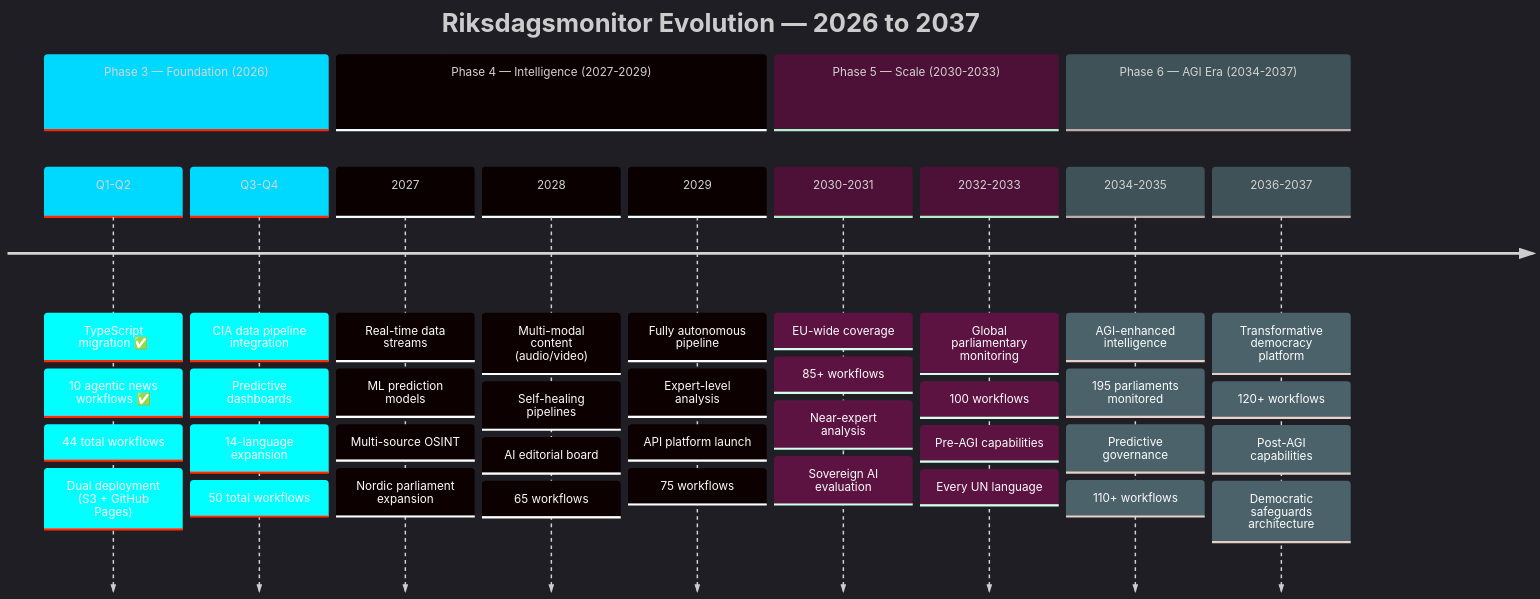
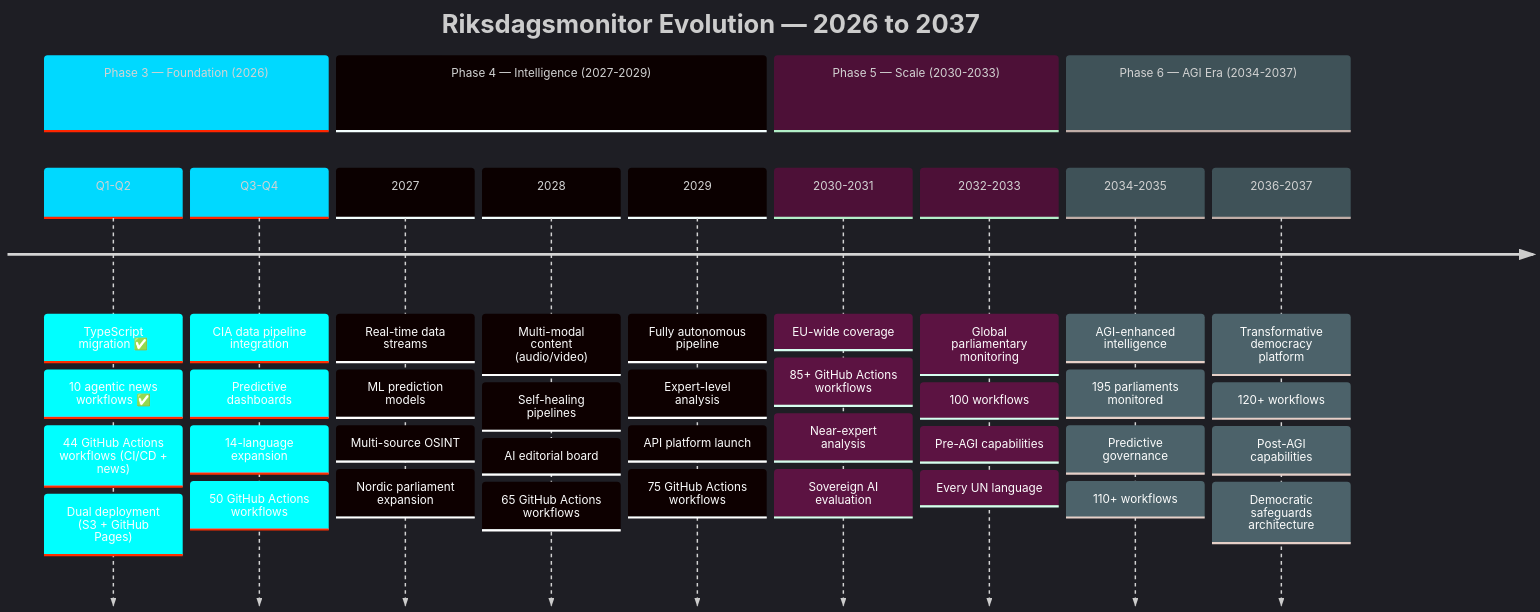
One commit to Hack23/riksdagsmonitor changed the first of 6 diagrams in README.md. Above: the diagram before and after it, drawn with Mermaid. The commit also changed other lines of this file, not shown here.

Commit message:
Clarify workflow counts as GitHub Actions workflows and add full path to lock.yml reference

````diff
--- a/README.md
+++ b/README.md
@@ -712,45 +712,45 @@
 ```mermaid
 %%{init: {'theme': 'dark', 'themeVariables': {'primaryColor': '#00d9ff', 'primaryTextColor': '#e0e0e0', 'primaryBorderColor': '#ff006e', 'lineColor': '#ffbe0b', 'secondaryColor': '#1a1e3d', 'tertiaryColor': '#0a0e27', 'background': '#0a0e27'}}}%%
 timeline
     title Riksdagsmonitor Evolution — 2026 to 2037
     section Phase 3 — Foundation (2026)
         Q1-Q2 : TypeScript migration ✅
                : 10 agentic news workflows ✅
-               : 44 total workflows
+               : 44 GitHub Actions workflows (CI/CD + news)
                : Dual deployment (S3 + GitHub Pages)
         Q3-Q4 : CIA data pipeline integration
                : Predictive dashboards
                : 14-language expansion
-               : 50 total workflows
+               : 50 GitHub Actions workflows
     section Phase 4 — Intelligence (2027-2029)
         2027 : Real-time data streams
              : ML prediction models
              : Multi-source OSINT
              : Nordic parliament expansion
         2028 : Multi-modal content (audio/video)
              : Self-healing pipelines
              : AI editorial board
-             : 65 workflows
+             : 65 GitHub Actions workflows
         2029 : Fully autonomous pipeline
              : Expert-level analysis
              : API platform launch
-             : 75 workflows
+             : 75 GitHub Actions workflows
     section Phase 5 — Scale (2030-2033)
         2030-2031 : EU-wide coverage
-                  : 85+ workflows
+                  : 85+ GitHub Actions workflows
                   : Near-expert analysis
                   : Sovereign AI evaluation
         2032-2033 : Global parliamentary monitoring
                   : 100 workflows
                   : Pre-AGI capabilities
                   : Every UN language
     section Phase 6 — AGI Era (2034-2037)
         2034-2035 : AGI-enhanced intelligence
                   : 195 parliaments monitored
                   : Predictive governance
                   : 110+ workflows
         2036-2037 : Transformative democracy platform
                   : 120+ workflows
                   : Post-AGI capabilities
                   : Democratic safeguards architecture
 ```
````
